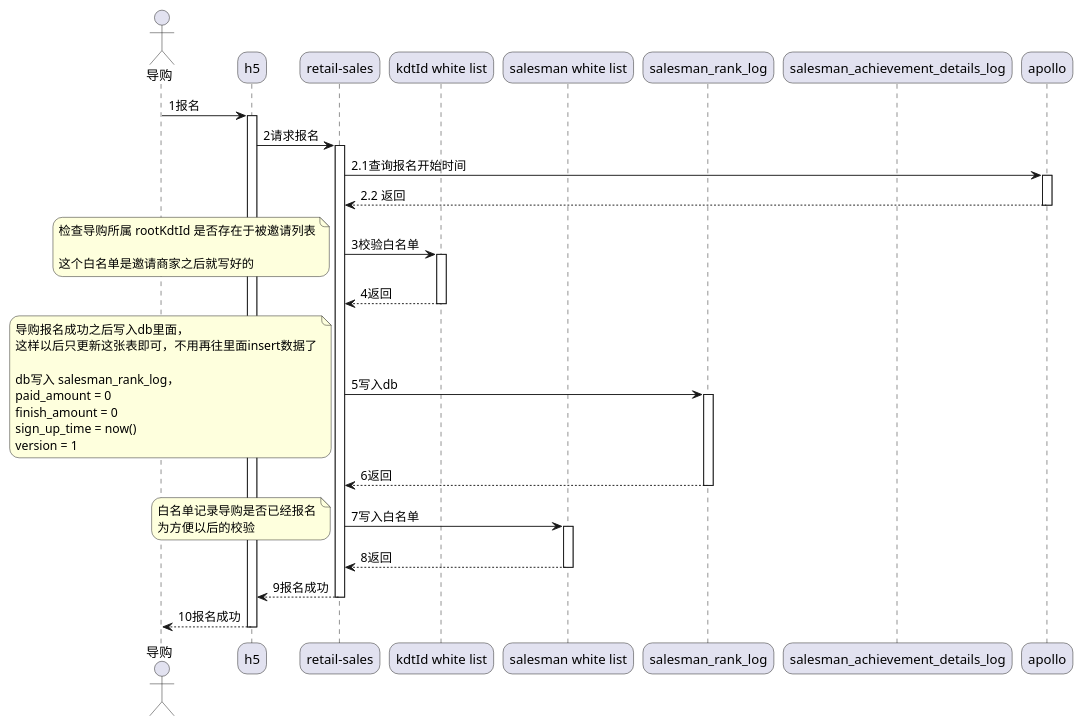
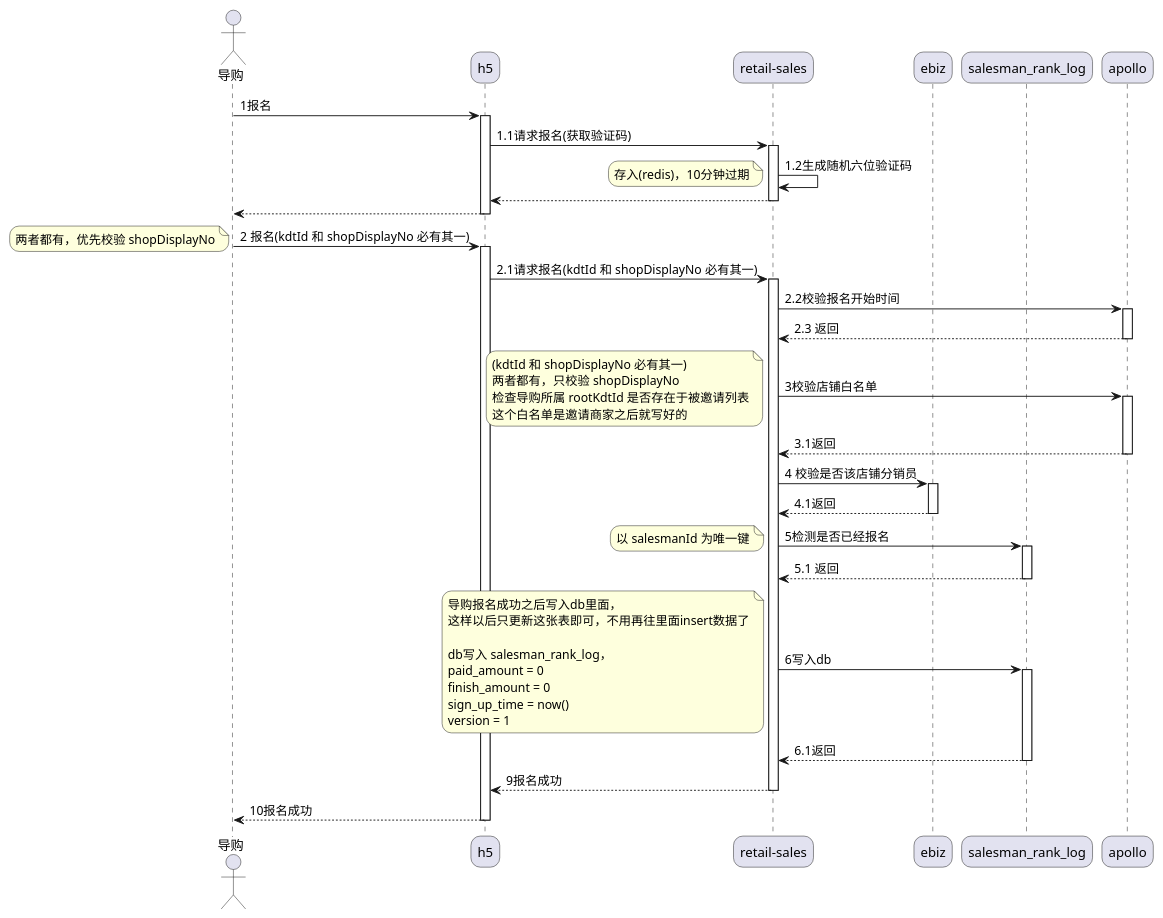
Before and after one commit to xauvlove/todo: the diagram in target/classes/plants/金牌导购/报名流程图.puml, drawn with PlantUML. The commit also changed 70 other files, not shown here.

```diff
--- a/target/classes/plants/金牌导购/报名流程图.puml
+++ b/target/classes/plants/金牌导购/报名流程图.puml
@@ -1,65 +1,84 @@
 @startuml
 skinparam sequenceArrowThickness 1
 skinparam roundcorner 20
 skinparam maxmessagesize 500
 /'skinparam sequenceParticipant underline'/
 
 actor 导购 as u
 
 participant "h5" as h5
 participant "retail-sales" as sales
-participant "kdtId white list" as list
-participant "salesman white list" as list2
+/'participant "kdtId white list" as list
+participant "salesman white list" as list2'/
+participant "ebiz" as ebiz
 
 participant "salesman_rank_log" as t1
-participant "salesman_achievement_details_log" as t2
 
 participant "apollo" as apollo
 
 u -> h5 : 1报名
 activate h5
 
-h5 -> sales : 2请求报名
+h5 -> sales : 1.1请求报名(获取验证码)
 activate sales
 
-sales -> apollo : 2.1查询报名开始时间
+sales -> sales : 1.2生成随机六位验证码
+note left
+    存入(redis)，10分钟过期
+end note
+return
+return
+
+u -> h5 : 2 报名(kdtId 和 shopDisplayNo 必有其一)
+note left
+    两者都有，优先校验 shopDisplayNo
+end note
+activate h5
+h5 -> sales : 2.1请求报名(kdtId 和 shopDisplayNo 必有其一)
+activate sales
+
+sales -> apollo : 2.2校验报名开始时间
 activate apollo
-return 2.2 返回
+return 2.3 返回
 
-sales -> list : 3校验白名单
+sales -> apollo : 3校验店铺白名单
 note left
+    (kdtId 和 shopDisplayNo 必有其一)
+    两者都有，只校验 shopDisplayNo
     检查导购所属 rootKdtId 是否存在于被邀请列表
-
     这个白名单是邀请商家之后就写好的
 end note
-activate list
+activate apollo
+return 3.1返回
 
-return 4返回
+sales -> ebiz : 4 校验是否该店铺分销员
+activate ebiz
+return  4.1返回
 
-sales -> t1 : 5写入db
+sales -> t1 : 5检测是否已经报名
+note left
+    以 salesmanId 为唯一键
+end note
+activate t1
+return 5.1 返回
+
+sales -> t1 : 6写入db
 note left
     导购报名成功之后写入db里面，
     这样以后只更新这张表即可，不用再往里面insert数据了
 
     db写入 salesman_rank_log，
     paid_amount = 0
     finish_amount = 0
     sign_up_time = now()
     version = 1
 end note
 activate t1
-return 6返回
+return 6.1返回
 
-sales -> list2 : 7写入白名单
-note left
-    白名单记录导购是否已经报名
-    为方便以后的校验
-end note
-activate list2
-return 8返回
 
 return 9报名成功
 
 return 10报名成功
 
 @enduml
```
